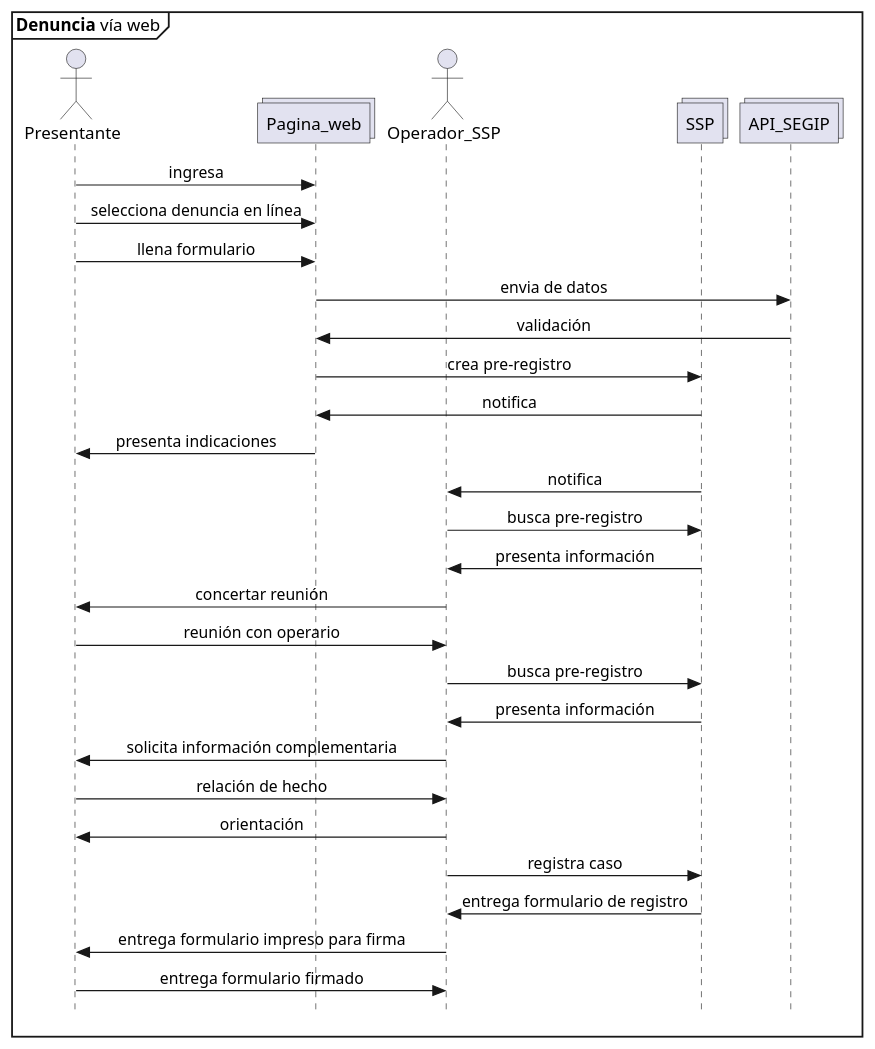
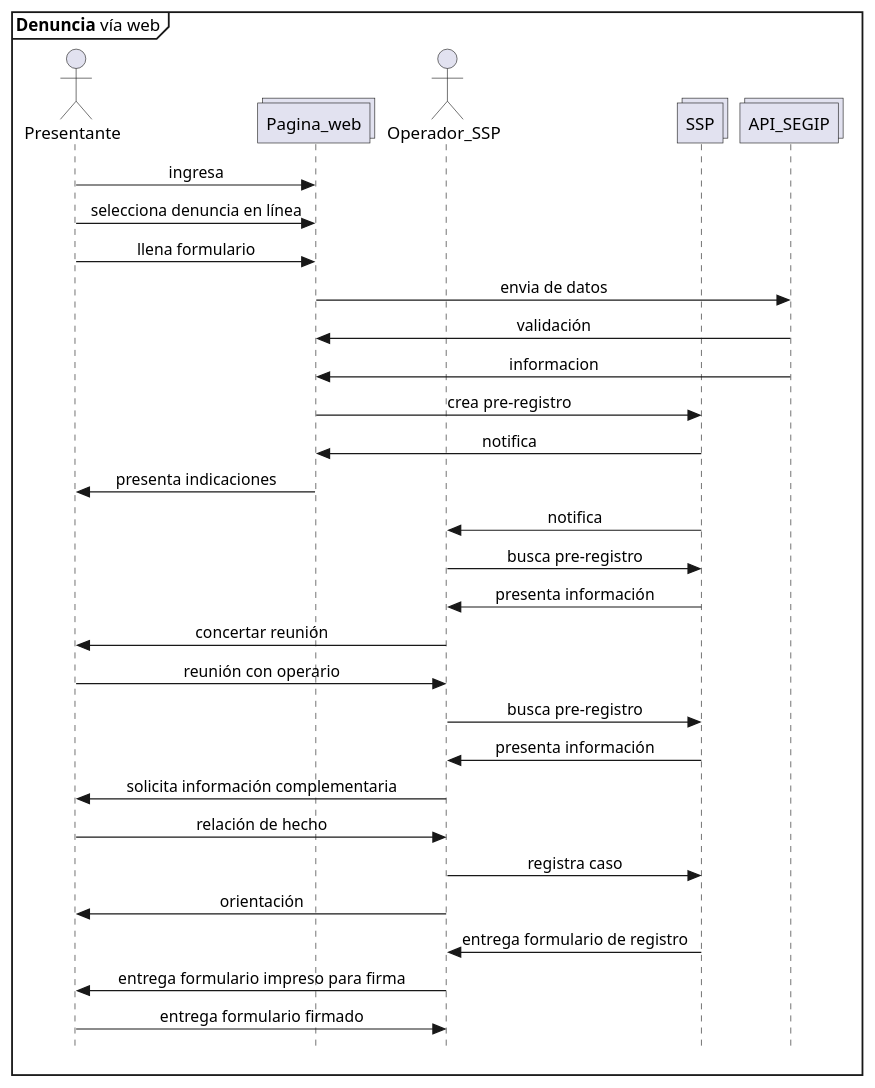
One commit to n1m0d0/defdiag changed the diagram in propuesta SSP/01 denuncia via web.plantuml. Above: the diagram before and after it, drawn with PlantUML. The commit also changed 1 other file, not shown here.

```diff
--- a/propuesta SSP/01 denuncia via web.plantuml
+++ b/propuesta SSP/01 denuncia via web.plantuml
@@ -1,36 +1,37 @@
 @startuml Denuncia_web
 skinparam Style strictuml
 skinparam SequenceMessageAlignment center
 
 mainframe **Denuncia** vía web
 
 actor Presentante as pre
 collections Pagina_web as web
 actor Operador_SSP as opssp
 collections SSP 
 collections API_SEGIP as segip
 
 pre -> web : ingresa
 pre -> web : selecciona denuncia en línea
 pre -> web : llena formulario
 web -> segip : envia de datos
 segip -> web : validación 
+segip-> web: informacion
 web->SSP : crea pre-registro
 SSP->web : notifica
 web->pre : presenta indicaciones
 SSP->opssp : notifica
 opssp->SSP : busca pre-registro
 SSP->opssp : presenta información
 opssp->pre : concertar reunión
 pre->opssp: reunión con operario
 opssp->SSP : busca pre-registro
 SSP->opssp : presenta información
 opssp -> pre : solicita información complementaria
 pre->opssp : relación de hecho
+opssp->SSP : registra caso
 opssp->pre : orientación
-opssp->SSP : registra caso
 SSP->opssp : entrega formulario de registro
 opssp->pre : entrega formulario impreso para firma
 pre->opssp : entrega formulario firmado
 
 @enduml
```
